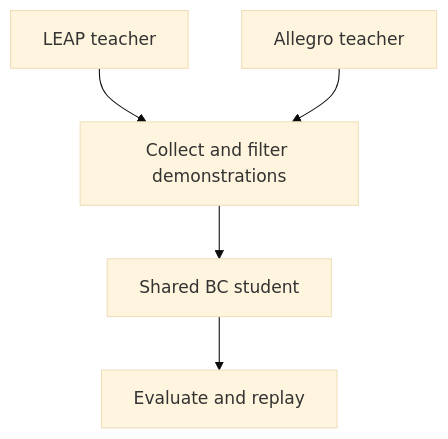
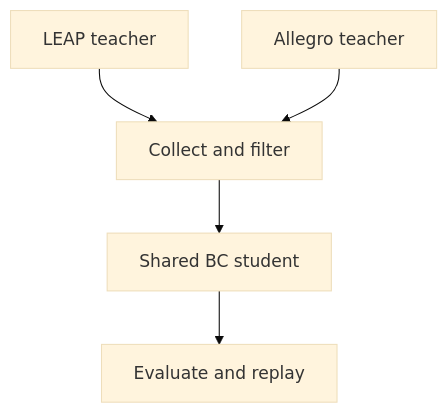
Before and after one commit to riemac/AnyMani: the diagram in README.md, drawn with Mermaid (base theme).

Commit message:
docs: keep Mermaid node labels within the rendered width

````diff
--- a/README.md
+++ b/README.md
@@ -75,7 +75,7 @@
 ```mermaid
 flowchart TD
-    A[LEAP teacher] --> C[Collect and filter demonstrations]
+    A[LEAP teacher] --> C[Collect and filter]
     B[Allegro teacher] --> C
     C --> D[Shared BC student]
     D --> E[Evaluate and replay]
 ```
````
